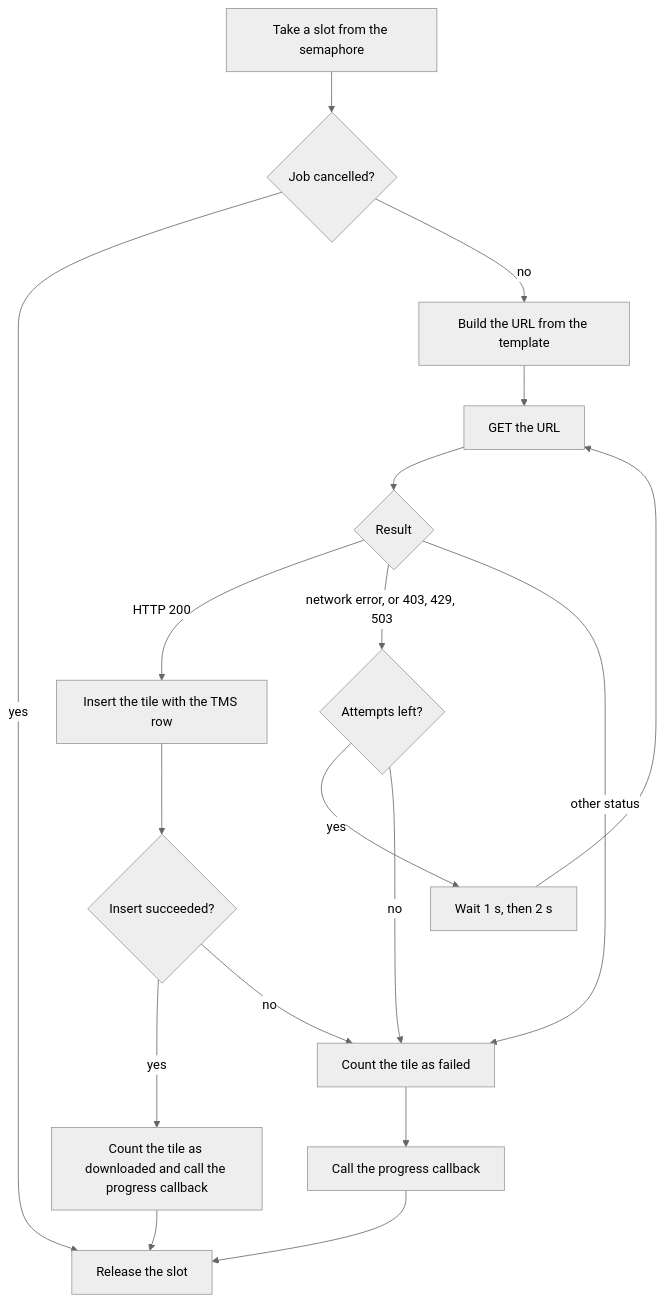
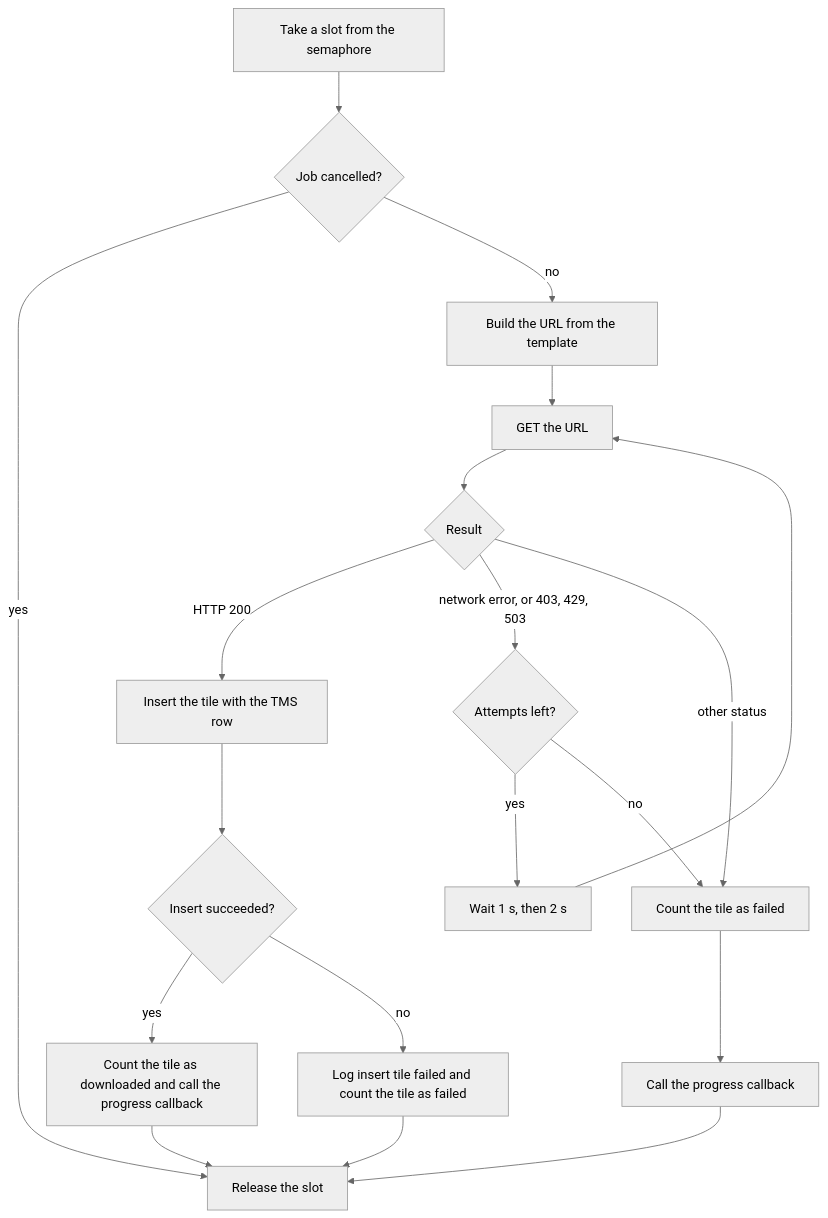
One commit to Crank-Git/ATAKMapDownloader changed the second of 2 diagrams in docs/specs/features/03-tile-download.md. Above: the diagram before and after it, drawn with Mermaid (neutral theme). The commit also changed other lines of this file and 15 other files, not shown here.

````diff
--- a/docs/specs/features/03-tile-download.md
+++ b/docs/specs/features/03-tile-download.md
@@ -111,19 +125,20 @@
 ```mermaid
 flowchart TD
     A[Take a slot from the semaphore] --> B{Job cancelled?}
     B -- yes --> Z[Release the slot]
     B -- no --> C[Build the URL from the template]
     C --> D[GET the URL]
     D --> E{Result}
     E -- HTTP 200 --> F[Insert the tile with the TMS row]
     E -- network error, or 403, 429, 503 --> G{Attempts left?}
     G -- yes --> H[Wait 1 s, then 2 s] --> D
     G -- no --> I[Count the tile as failed]
     E -- other status --> I
     F --> J{Insert succeeded?}
     J -- yes --> K[Count the tile as downloaded and call the progress callback]
-    J -- no --> I
+    J -- no --> M[Log insert tile failed and count the tile as failed]
     I --> L[Call the progress callback]
     K --> Z
     L --> Z
+    M --> Z
 ```
````
